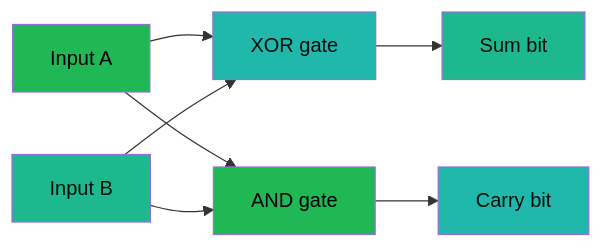
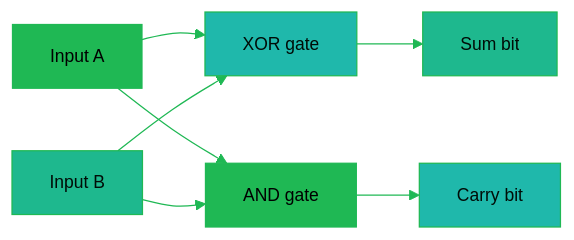
Before and after one commit to oat431/general-knowledge: the diagram in Science/Cheat_Sheet/05_Computer_Science_Logic_and_Information.md, drawn with Mermaid. The commit also changed other lines of this file and 113 other files, not shown here.

````diff
--- a/Science/Cheat_Sheet/05_Computer_Science_Logic_and_Information.md
+++ b/Science/Cheat_Sheet/05_Computer_Science_Logic_and_Information.md
@@ -151,16 +151,17 @@
 ```mermaid
+%%{init: {'theme':'base','themeVariables':{'primaryColor':'#19362D','primaryTextColor':'#CDD3D1','primaryBorderColor':'#1FB854','lineColor':'#1FB854','background':'#1B1717','mainBkg':'#19362D','clusterBkg':'#161212','edgeLabelBackground':'#161212','titleColor':'#1FB854','fontSize':'14px'}}}%%
 flowchart LR
     A["Input A"] --> X["XOR gate"]
     B["Input B"] --> X
     A --> G["AND gate"]
     B --> G
     X --> S["Sum bit"]
     G --> C["Carry bit"]
 
     style A fill:#1FB854,color:#000000
     style B fill:#1EB88E,color:#000C07
-    style X fill:#1FB8AB,color:#010C0B
+    style X fill:#1FB8AB,color:#000C07
     style G fill:#1FB854,color:#000000
     style S fill:#1EB88E,color:#000C07
-    style C fill:#1FB8AB,color:#010C0B
+    style C fill:#1FB8AB,color:#000C07
 ```
````
